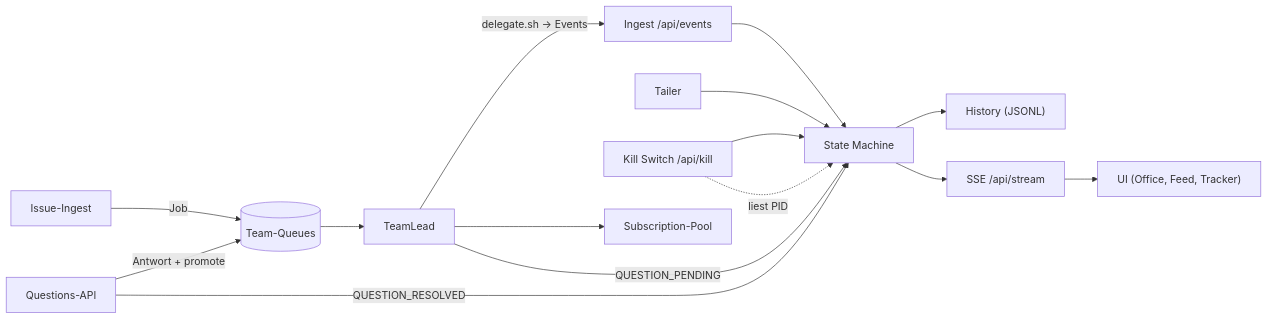
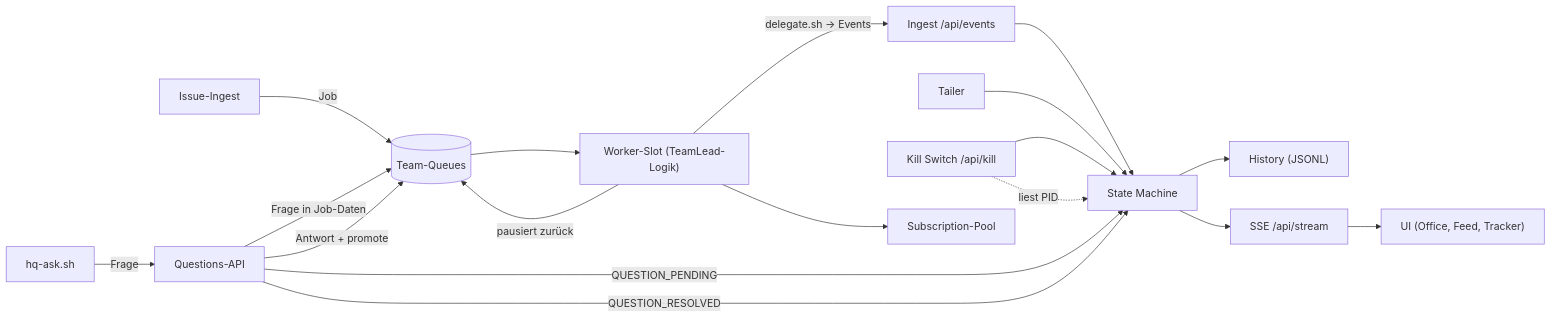
The second of 3 diagrams in docs/arc42/architecture.md (tihofman/agent-hq), drawn with Mermaid before and after one commit. The commit also changed other lines of this file and 2 other files, not shown here.

Commit message:
docs(#93): worker pool and hq-ask question flow in ADR 0006

````diff
--- a/docs/arc42/architecture.md
+++ b/docs/arc42/architecture.md
@@ -130,17 +130,20 @@
 ```mermaid
 flowchart LR
     ING["Ingest /api/events"] --> SM["State Machine"]
     TAIL["Tailer"] --> SM
     KILL["Kill Switch /api/kill"] --> SM
     KILL -.->|liest PID| SM
     SM --> HIST["History (JSONL)"]
     SM --> SSE["SSE /api/stream"]
     SSE --> UI["UI (Office, Feed, Tracker)"]
     GHI["Issue-Ingest"] -->|Job| Q[("Team-Queues")]
-    Q --> TL["TeamLead"]
+    Q --> TL["Worker-Slot (TeamLead-Logik)"]
     TL --> POOL["Subscription-Pool"]
     TL -->|"delegate.sh → Events"| ING
-    TL -->|"QUESTION_PENDING"| SM
-    QA["Questions-API"] -->|"Antwort + promote"| Q
+    ASK["hq-ask.sh"] -->|"Frage"| QA["Questions-API"]
+    QA -->|"Frage in Job-Daten"| Q
+    QA -->|"QUESTION_PENDING"| SM
+    TL -->|"pausiert zurück"| Q
+    QA -->|"Antwort + promote"| Q
     QA -->|"QUESTION_RESOLVED"| SM
 ```
````
